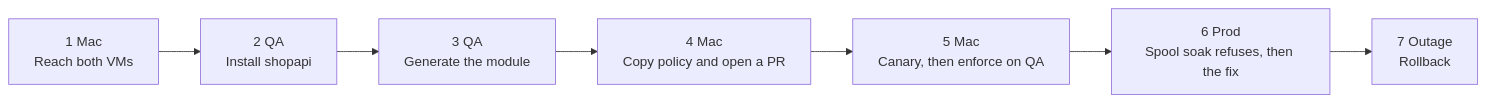
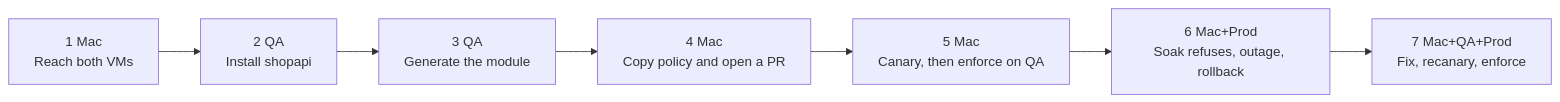
One commit to anurag-saran/selinux-pac changed the first of 7 diagrams in docs/demo/302-TECHNICAL.md. Above: the diagram before and after it, drawn with Mermaid. The commit also changed other lines of this file and 6 other files, not shown here.

````diff
--- a/docs/demo/302-TECHNICAL.md
+++ b/docs/demo/302-TECHNICAL.md
@@ -11,11 +11,11 @@
 ```mermaid
 flowchart LR
   p1["1 Mac<br/>Reach both VMs"]
   p2["2 QA<br/>Install shopapi"]
   p3["3 QA<br/>Generate the module"]
   p4["4 Mac<br/>Copy policy and open a PR"]
   p5["5 Mac<br/>Canary, then enforce on QA"]
-  p6["6 Prod<br/>Spool soak refuses, then the fix"]
-  p7["7 Outage<br/>Rollback"]
+  p6["6 Mac+Prod<br/>Soak refuses, outage, rollback"]
+  p7["7 Mac+QA+Prod<br/>Fix, recanary, enforce"]
   p1 --> p2 --> p3 --> p4 --> p5 --> p6 --> p7
 ```
````
